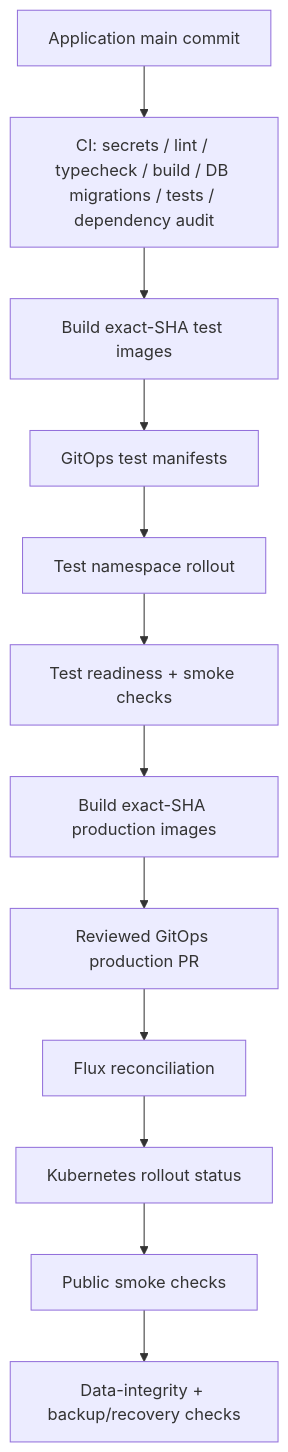
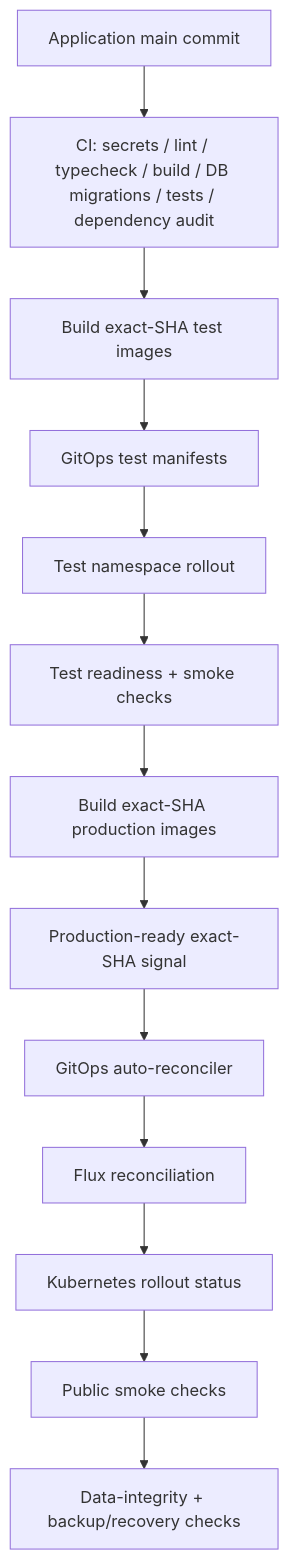
Before and after one commit to wtrdd1-hash/Woldeok-Moneyverse-Migration: the diagram in docs/architecture/deployment-flow.md, drawn with Mermaid. The commit also changed other lines of this file and 7 other files, not shown here.

Commit message:
ops: automate test-to-production gate v2026.09.12.13

````diff
--- a/docs/architecture/deployment-flow.md
+++ b/docs/architecture/deployment-flow.md
@@ -5,14 +5,15 @@
 ```mermaid
 flowchart TD
     M[Application main commit] --> CI[CI: secrets / lint / typecheck / build / DB migrations / tests / dependency audit]
     CI --> TI[Build exact-SHA test images]
     TI --> TG[GitOps test manifests]
     TG --> TR[Test namespace rollout]
     TR --> TV[Test readiness + smoke checks]
     TV --> PI[Build exact-SHA production images]
-    PI --> GP[Reviewed GitOps production PR]
-    GP --> FX[Flux reconciliation]
+    PI --> AS[Production-ready exact-SHA signal]
+    AS --> GR[GitOps auto-reconciler]
+    GR --> FX[Flux reconciliation]
     FX --> KR[Kubernetes rollout status]
     KR --> SM[Public smoke checks]
     SM --> DA[Data-integrity + backup/recovery checks]
 ```
````
